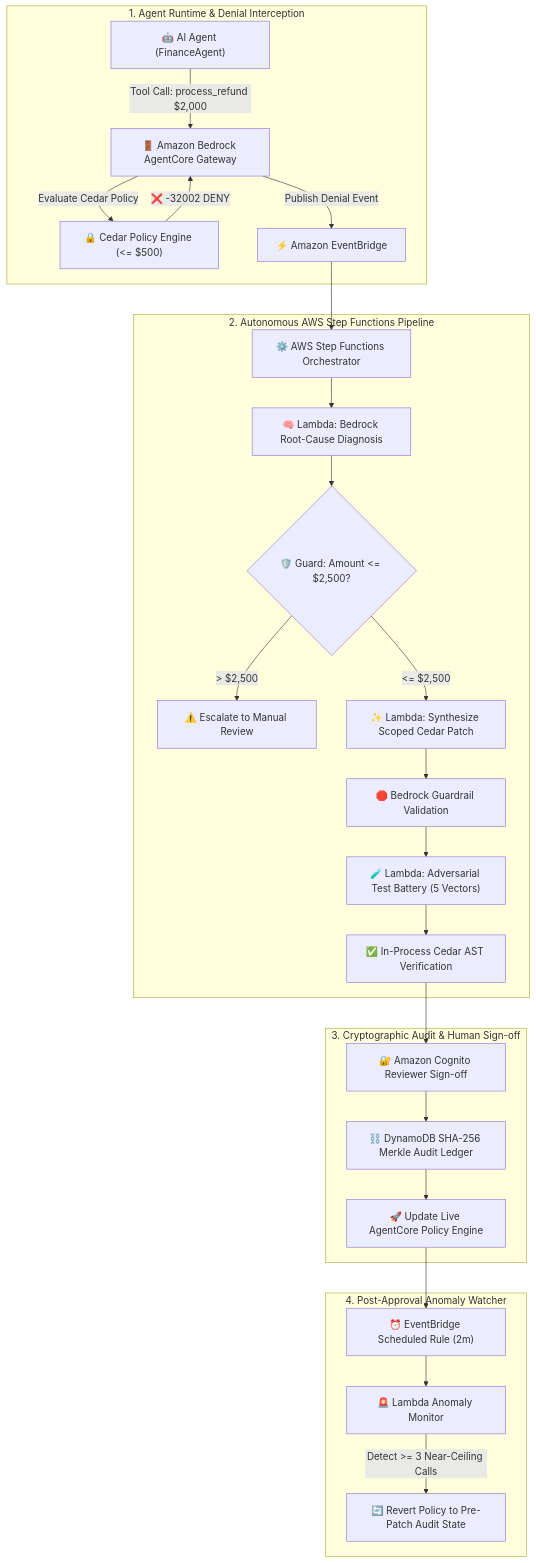
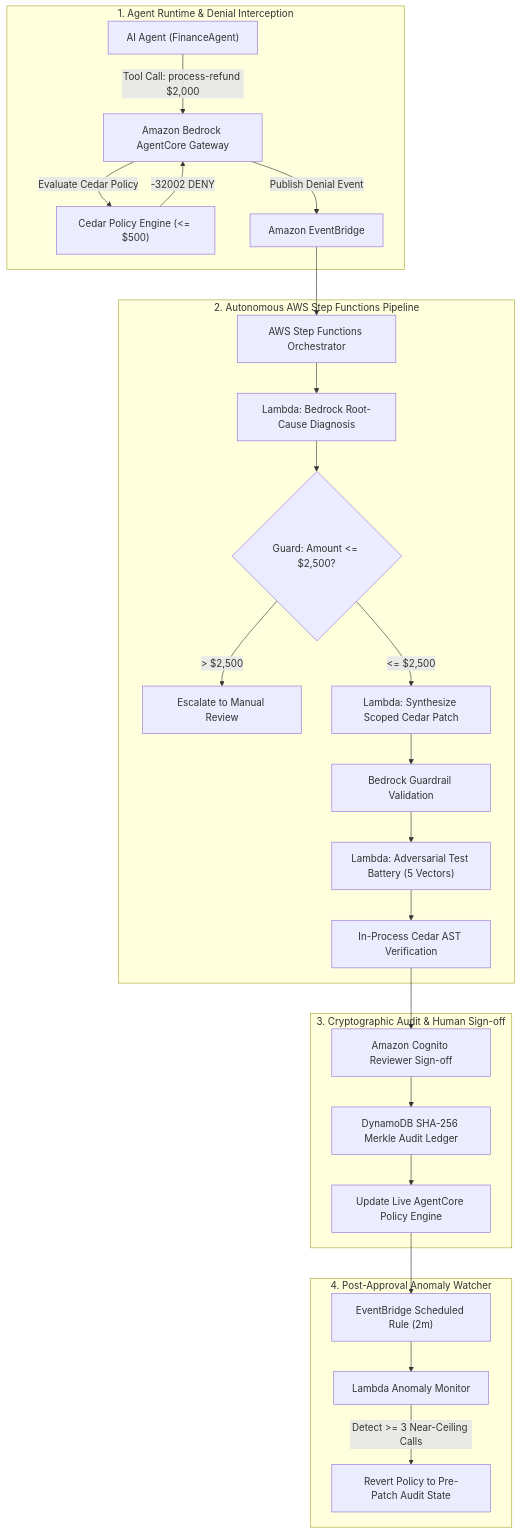
The diagram in README.md (cyber-del/CedarShield), drawn with Mermaid before and after one commit. The commit also changed other lines of this file and 110 other files, not shown here.

Commit message:
refactor: reorganize project into modular src/, tests/, scripts/, infra/, docs/ architecture

````diff
--- a/README.md
+++ b/README.md
@@ -98,32 +47,32 @@
 ```mermaid
 flowchart TD
     subgraph Execution["1. Agent Runtime & Denial Interception"]
-        Agent["🤖 AI Agent (FinanceAgent)"] -->|Tool Call: process_refund $2,000| Gateway["🚪 Amazon Bedrock AgentCore Gateway"]
-        Gateway -->|Evaluate Cedar Policy| Cedar["🔒 Cedar Policy Engine (<= $500)"]
-        Cedar -->|❌ -32002 DENY| Gateway
-        Gateway -->|Publish Denial Event| EB["⚡ Amazon EventBridge"]
+        Agent["AI Agent (FinanceAgent)"] -->|Tool Call: process-refund $2,000| Gateway["Amazon Bedrock AgentCore Gateway"]
+        Gateway -->|Evaluate Cedar Policy| Cedar["Cedar Policy Engine (<= $500)"]
+        Cedar -->|-32002 DENY| Gateway
+        Gateway -->|Publish Denial Event| EB["Amazon EventBridge"]
     end
 
     subgraph Remediation["2. Autonomous AWS Step Functions Pipeline"]
-        EB --> SFN["⚙️ AWS Step Functions Orchestrator"]
-        SFN --> D1["🧠 Lambda: Bedrock Root-Cause Diagnosis"]
-        D1 --> CG{"🛡️ Guard: Amount <= $2,500?"}
-        CG -- "> $2,500" --> MR["⚠️ Escalate to Manual Review"]
-        CG -- "<= $2,500" --> PS["✨ Lambda: Synthesize Scoped Cedar Patch"]
-        PS --> BG["🛑 Bedrock Guardrail Validation"]
-        BG --> AB["🧪 Lambda: Adversarial Test Battery (5 Vectors)"]
-        AB --> IV["✅ In-Process Cedar AST Verification"]
+        EB --> SFN["AWS Step Functions Orchestrator"]
+        SFN --> D1["Lambda: Bedrock Root-Cause Diagnosis"]
+        D1 --> CG{"Guard: Amount <= $2,500?"}
+        CG -- "> $2,500" --> MR["Escalate to Manual Review"]
+        CG -- "<= $2,500" --> PS["Lambda: Synthesize Scoped Cedar Patch"]
+        PS --> BG["Bedrock Guardrail Validation"]
+        BG --> AB["Lambda: Adversarial Test Battery (5 Vectors)"]
+        AB --> IV["In-Process Cedar AST Verification"]
     end
 
     subgraph Governance["3. Cryptographic Audit & Human Sign-off"]
-        IV --> COG["🔐 Amazon Cognito Reviewer Sign-off"]
-        COG --> DDB["⛓️ DynamoDB SHA-256 Merkle Audit Ledger"]
-        DDB --> LIVE_UPDATE["🚀 Update Live AgentCore Policy Engine"]
+        IV --> COG["Amazon Cognito Reviewer Sign-off"]
+        COG --> DDB["DynamoDB SHA-256 Merkle Audit Ledger"]
+        DDB --> LIVE_UPDATE["Update Live AgentCore Policy Engine"]
     end
 
     subgraph Rollback["4. Post-Approval Anomaly Watcher"]
-        LIVE_UPDATE --> CRON["⏰ EventBridge Scheduled Rule (2m)"]
-        CRON --> MON["🚨 Lambda Anomaly Monitor"]
-        MON -->|Detect >= 3 Near-Ceiling Calls| REVERT["🔄 Revert Policy to Pre-Patch Audit State"]
+        LIVE_UPDATE --> CRON["EventBridge Scheduled Rule (2m)"]
+        CRON --> MON["Lambda Anomaly Monitor"]
+        MON -->|Detect >= 3 Near-Ceiling Calls| REVERT["Revert Policy to Pre-Patch Audit State"]
     end
 ```
````
